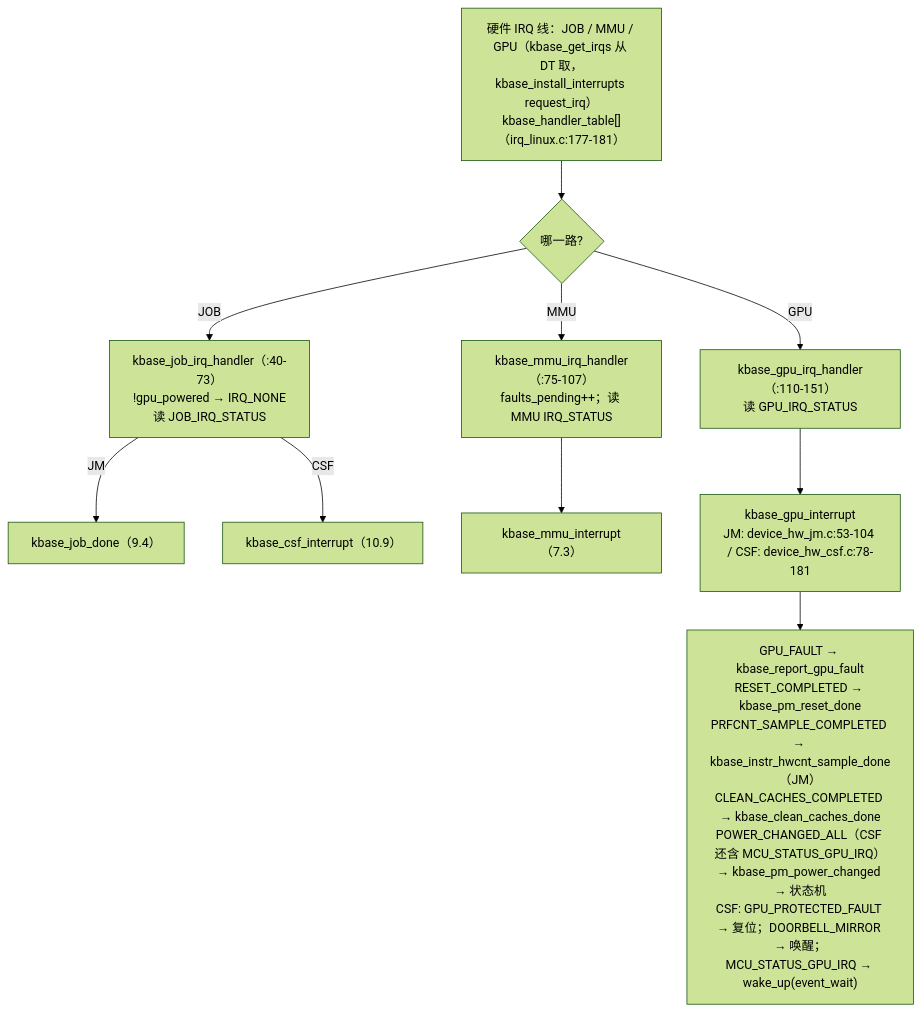
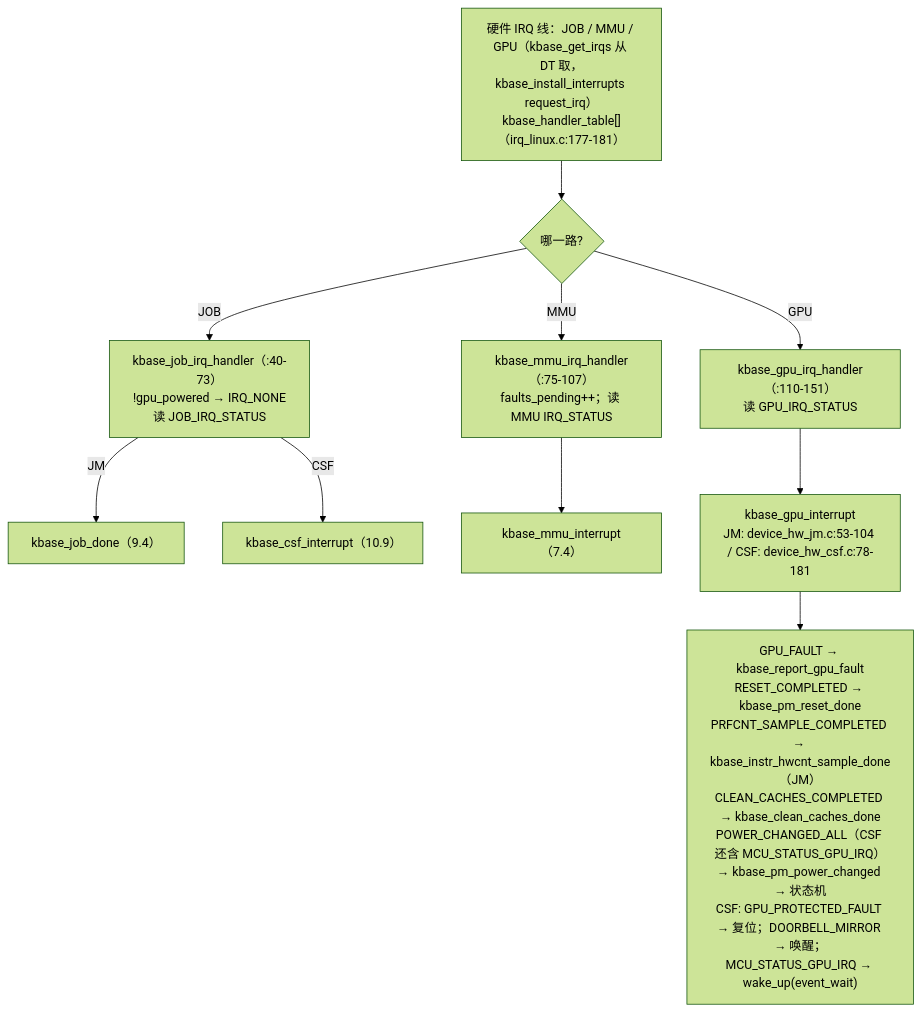
One commit to firstbird/gpu_graph changed diagram 27 of 33 in GPU_DRIVER_ARCHITECTURE.md. Above: the diagram before and after it, drawn with Mermaid (forest theme). The commit also changed other lines of this file, not shown here.

First line of the commit message:
docs: 扩充 GPU 架构文档中内存/MMU/fence 等问答结论

````diff
--- a/GPU_DRIVER_ARCHITECTURE.md
+++ b/GPU_DRIVER_ARCHITECTURE.md
@@ -1404,12 +1876,12 @@
 ```mermaid
 flowchart TD
   I["硬件 IRQ 线：JOB / MMU / GPU（kbase_get_irqs 从 DT 取，kbase_install_interrupts request_irq）<br/>kbase_handler_table[]（irq_linux.c:177-181）"] --> J{"哪一路?"}
   J -->|JOB| J1["kbase_job_irq_handler（:40-73）<br/>!gpu_powered → IRQ_NONE<br/>读 JOB_IRQ_STATUS"]
   J1 -->|JM| J2["kbase_job_done（9.4）"]
   J1 -->|CSF| J3["kbase_csf_interrupt（10.9）"]
   J -->|MMU| M1["kbase_mmu_irq_handler（:75-107）<br/>faults_pending++；读 MMU IRQ_STATUS"]
-  M1 --> M2["kbase_mmu_interrupt（7.3）"]
+  M1 --> M2["kbase_mmu_interrupt（7.4）"]
   J -->|GPU| G1["kbase_gpu_irq_handler（:110-151）<br/>读 GPU_IRQ_STATUS"]
   G1 --> G2["kbase_gpu_interrupt<br/>JM: device_hw_jm.c:53-104 / CSF: device_hw_csf.c:78-181"]
   G2 --> G3["GPU_FAULT → kbase_report_gpu_fault<br/>RESET_COMPLETED → kbase_pm_reset_done<br/>PRFCNT_SAMPLE_COMPLETED → kbase_instr_hwcnt_sample_done（JM）<br/>CLEAN_CACHES_COMPLETED → kbase_clean_caches_done<br/>POWER_CHANGED_ALL（CSF 还含 MCU_STATUS_GPU_IRQ）→ kbase_pm_power_changed → 状态机<br/>CSF: GPU_PROTECTED_FAULT → 复位；DOORBELL_MIRROR → 唤醒；MCU_STATUS_GPU_IRQ → wake_up(event_wait)"]
 ```
````
